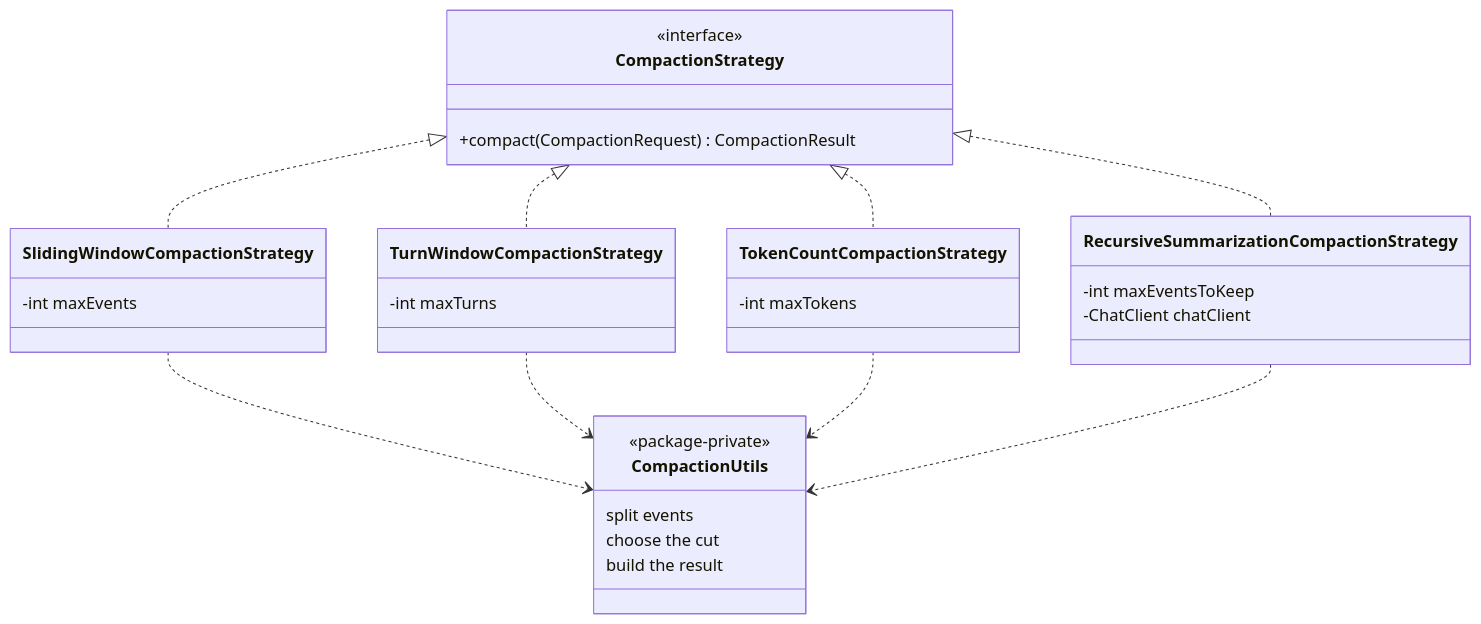
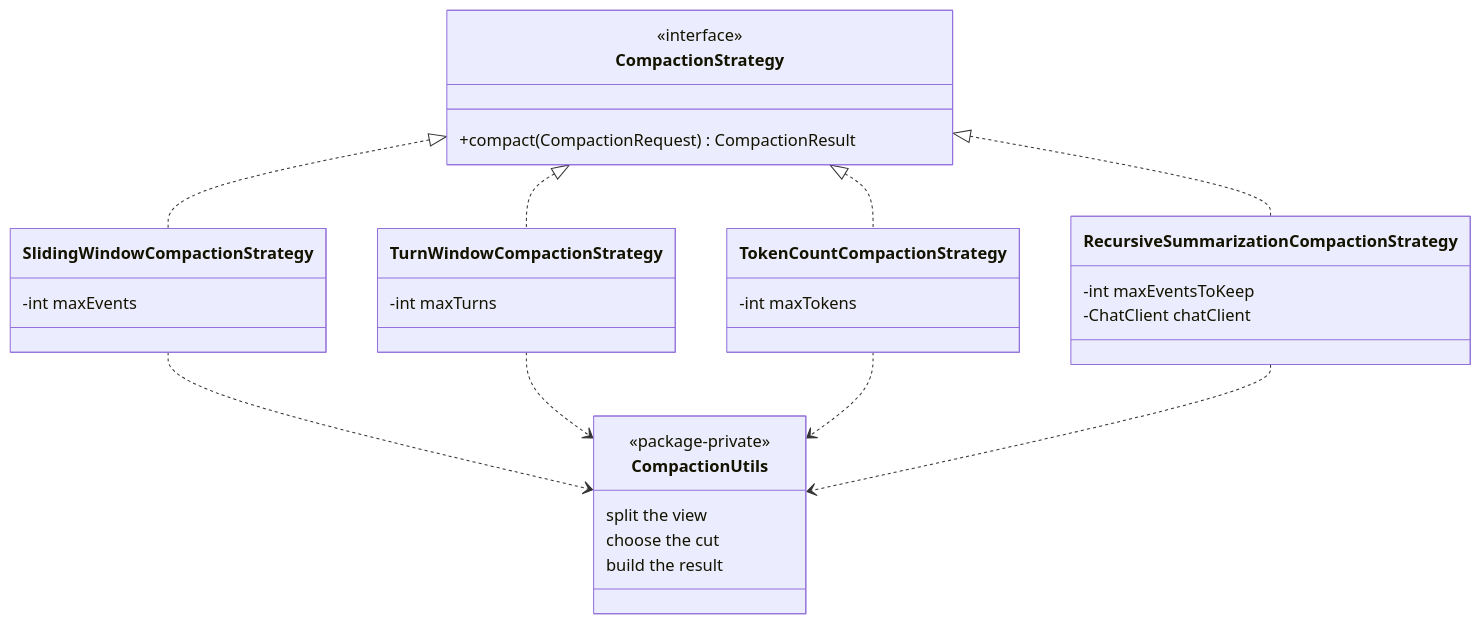
One commit to spring-ai-community/spring-ai-session changed the third of 9 diagrams in docs/session-management/compaction-internals.md. Above: the diagram before and after it, drawn with Mermaid. The commit also changed other lines of this file and 53 other files, not shown here.

````diff
--- a/docs/session-management/compaction-internals.md
+++ b/docs/session-management/compaction-internals.md
@@ -145,37 +160,37 @@
 ```mermaid
 classDiagram
     direction TB
 
     class CompactionStrategy {
         <<interface>>
         +compact(CompactionRequest) CompactionResult
     }
     class SlidingWindowCompactionStrategy {
         -int maxEvents
     }
     class TurnWindowCompactionStrategy {
         -int maxTurns
     }
     class TokenCountCompactionStrategy {
         -int maxTokens
     }
     class RecursiveSummarizationCompactionStrategy {
         -int maxEventsToKeep
         -ChatClient chatClient
     }
     class CompactionUtils {
         <<package-private>>
-        split events
+        split the view
         choose the cut
         build the result
     }
 
     CompactionStrategy <|.. SlidingWindowCompactionStrategy
     CompactionStrategy <|.. TurnWindowCompactionStrategy
     CompactionStrategy <|.. TokenCountCompactionStrategy
     CompactionStrategy <|.. RecursiveSummarizationCompactionStrategy
     SlidingWindowCompactionStrategy ..> CompactionUtils
     TurnWindowCompactionStrategy ..> CompactionUtils
     TokenCountCompactionStrategy ..> CompactionUtils
     RecursiveSummarizationCompactionStrategy ..> CompactionUtils
 ```
````
